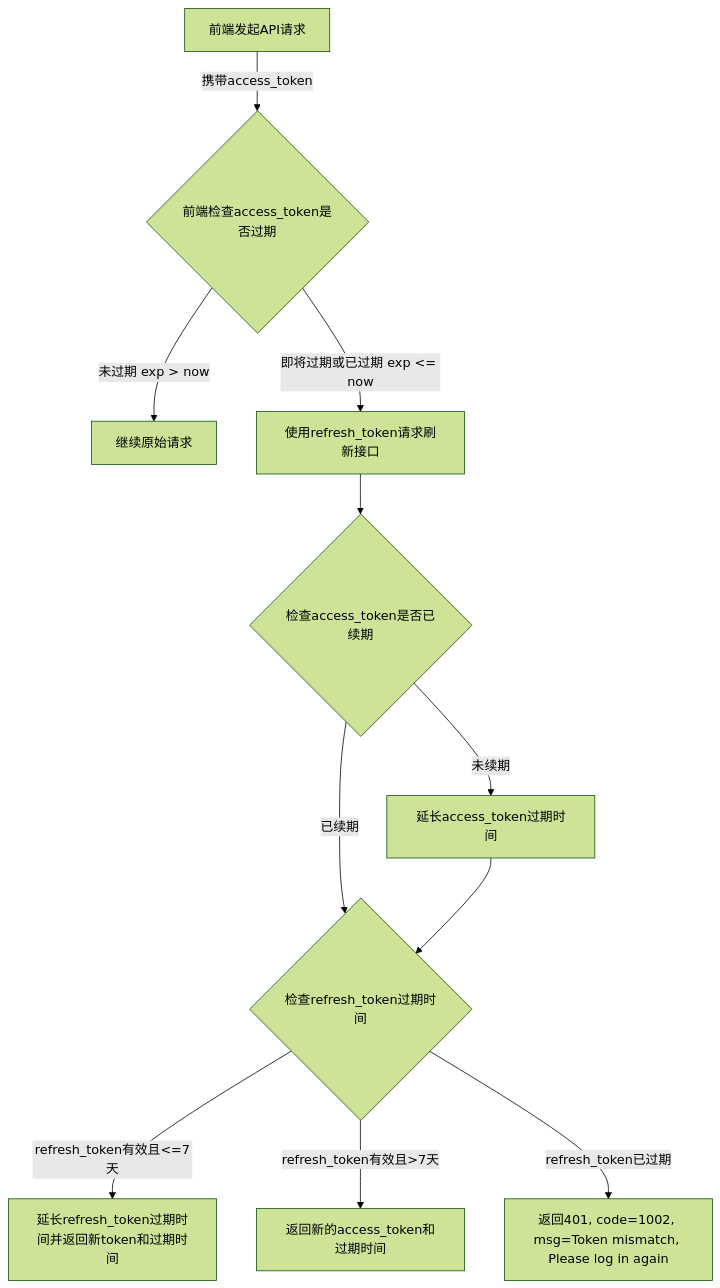
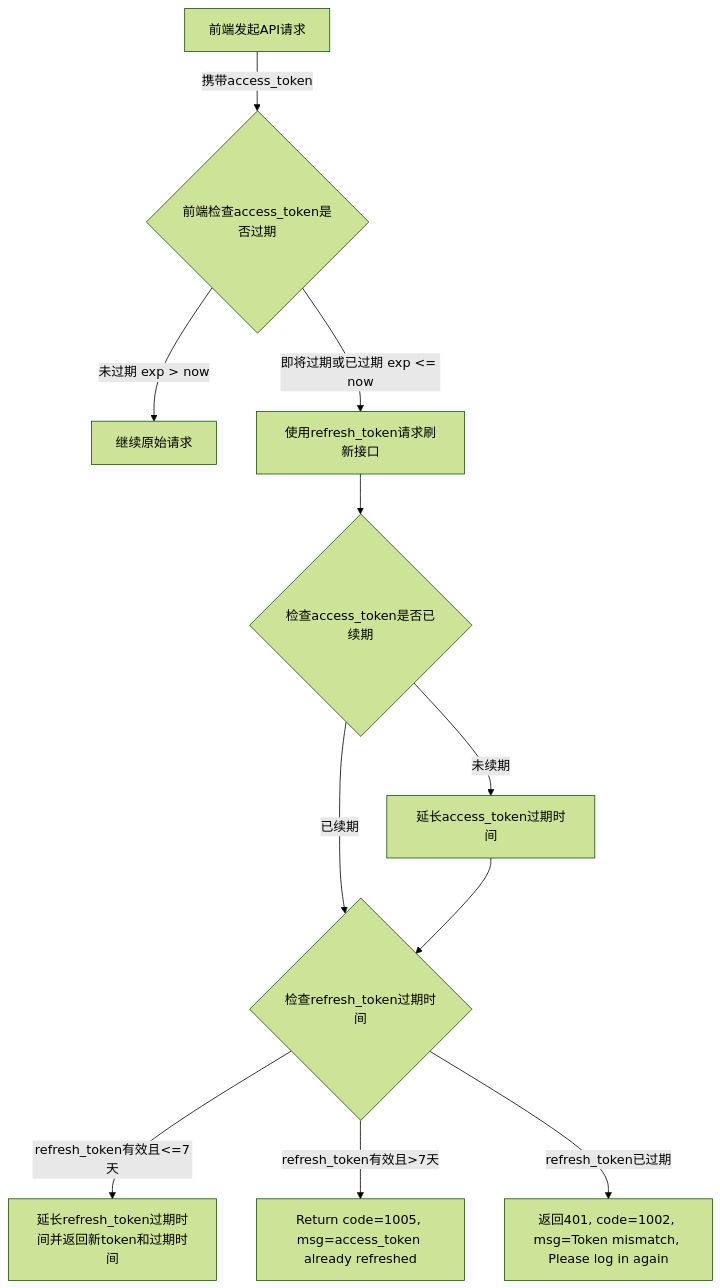
One commit to yingjianzh/iodraw-files changed the diagram in all/openAPI-17.md. Above: the diagram before and after it, drawn with Mermaid (forest theme).

Commit message:
2025-01-08 18:31:15 update

````diff
--- a/all/openAPI-17.md
+++ b/all/openAPI-17.md
@@ -1,13 +1,13 @@
 ```mermaid
 flowchart TD
     A[前端发起API请求] -->|携带access_token| B{前端检查access_token是否过期}
     B -->|未过期 exp > now| C[继续原始请求]
     B -->|即将过期或已过期 exp <= now| D[使用refresh_token请求刷新接口]
     D --> E{检查access_token是否已续期}
     E -->|已续期| F{检查refresh_token过期时间}
     E -->|未续期| G[延长access_token过期时间] --> F
     F -->|refresh_token有效且<=7天| H[延长refresh_token过期时间并返回新token和过期时间]
-    F -->|refresh_token有效且>7天| I[返回新的access_token和过期时间]
+    F -->|refresh_token有效且>7天| I[Return code=1005, msg=access_token already refreshed]
     F -->|refresh_token已过期| J[返回401, code=1002, msg=Token mismatch, Please log in again]
 
 ```
````
